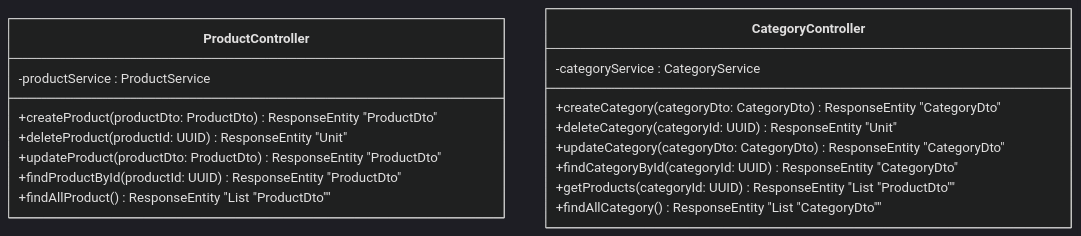
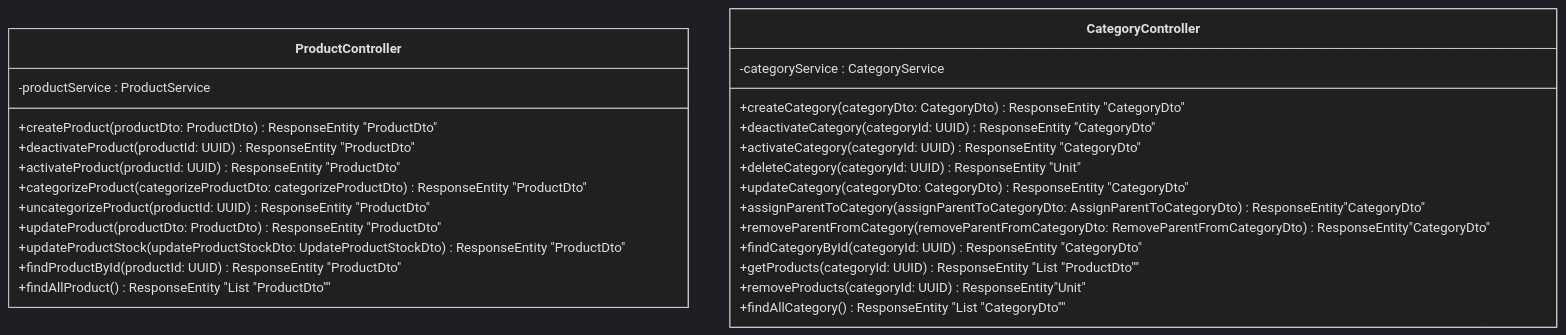
Before and after one commit to fruzsina-banyai/webshop: the sixth of 6 diagrams in documentation/product_catalog/product_catalog.md, drawn with Mermaid (dark theme). The commit also changed other lines of this file and 1 other file, not shown here.

First line of the commit message:
Update documentation for user management and product catalog (#14)

````diff
--- a/documentation/product_catalog/product_catalog.md
+++ b/documentation/product_catalog/product_catalog.md
@@ -72,20 +84,29 @@
 ```mermaid
 classDiagram
   class ProductController {
     -productService : ProductService
     +createProduct(productDto: ProductDto) ResponseEntity "ProductDto"
-    +deleteProduct(productId: UUID) ResponseEntity "Unit"
+    +deactivateProduct(productId: UUID) ResponseEntity "ProductDto"
+    +activateProduct(productId: UUID) ResponseEntity "ProductDto"
+    +categorizeProduct(categorizeProductDto: categorizeProductDto) ResponseEntity "ProductDto"
+    +uncategorizeProduct(productId: UUID) ResponseEntity "ProductDto"
     +updateProduct(productDto: ProductDto) ResponseEntity "ProductDto"
+    +updateProductStock(updateProductStockDto: UpdateProductStockDto) ResponseEntity "ProductDto"
     +findProductById(productId: UUID) ResponseEntity "ProductDto"
     +findAllProduct() ResponseEntity "List "ProductDto"" 
   }
   class CategoryController {
     -categoryService : CategoryService
     +createCategory(categoryDto: CategoryDto) ResponseEntity "CategoryDto"
+    +deactivateCategory(categoryId: UUID) ResponseEntity "CategoryDto"
+    +activateCategory(categoryId: UUID) ResponseEntity "CategoryDto"
     +deleteCategory(categoryId: UUID) ResponseEntity "Unit"
     +updateCategory(categoryDto: CategoryDto) ResponseEntity "CategoryDto"
+    +assignParentToCategory(assignParentToCategoryDto: AssignParentToCategoryDto) ResponseEntity"CategoryDto"
+    +removeParentFromCategory(removeParentFromCategoryDto: RemoveParentFromCategoryDto) ResponseEntity"CategoryDto"
     +findCategoryById(categoryId: UUID) ResponseEntity "CategoryDto"
     +getProducts(categoryId: UUID) ResponseEntity "List "ProductDto""
+    +removeProducts(categoryId: UUID) ResponseEntity"Unit"
     +findAllCategory() ResponseEntity "List "CategoryDto"" 
   }
 ```
````
